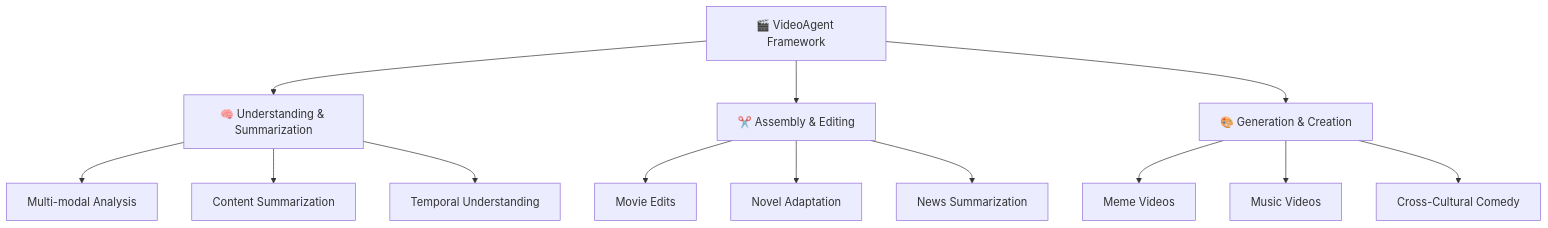
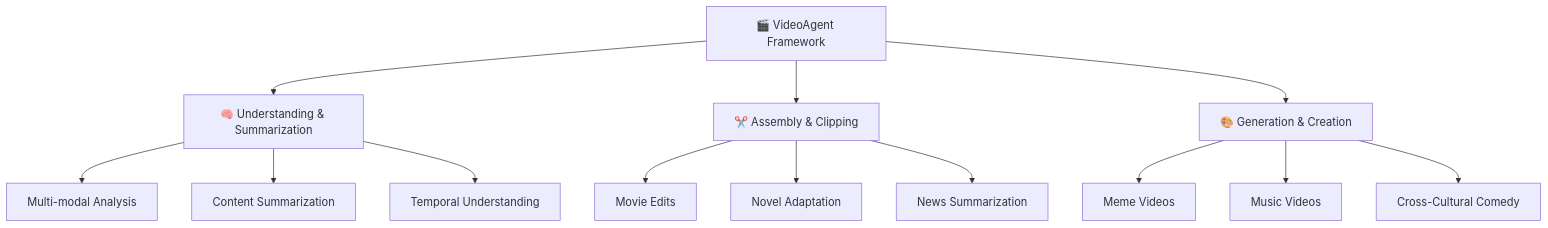
The diagram in readme.md (Quocadmin/VideoAgent), drawn with Mermaid before and after one commit. The commit also changed other lines of this file and 28 other files, not shown here.

````diff
--- a/readme.md
+++ b/readme.md
@@ -53,18 +59,18 @@
 ```mermaid
 graph TB
     A[🎬 VideoAgent Framework] --> B[🧠 Understanding & Summarization]
-    A --> C[✂️ Assembly & Editing]
+    A --> C[✂️ Assembly & Clipping]
     A --> D[🎨 Generation & Creation]
     
     B --> B1[Multi-modal Analysis]
     B --> B2[Content Summarization]
     B --> B3[Temporal Understanding]
     
     C --> C1[Movie Edits]
     C --> C2[Novel Adaptation]
     C --> C3[News Summarization]
     
     D --> D1[Meme Videos]
     D --> D2[Music Videos]
     D --> D3[Cross-Cultural Comedy]
 ```
````
